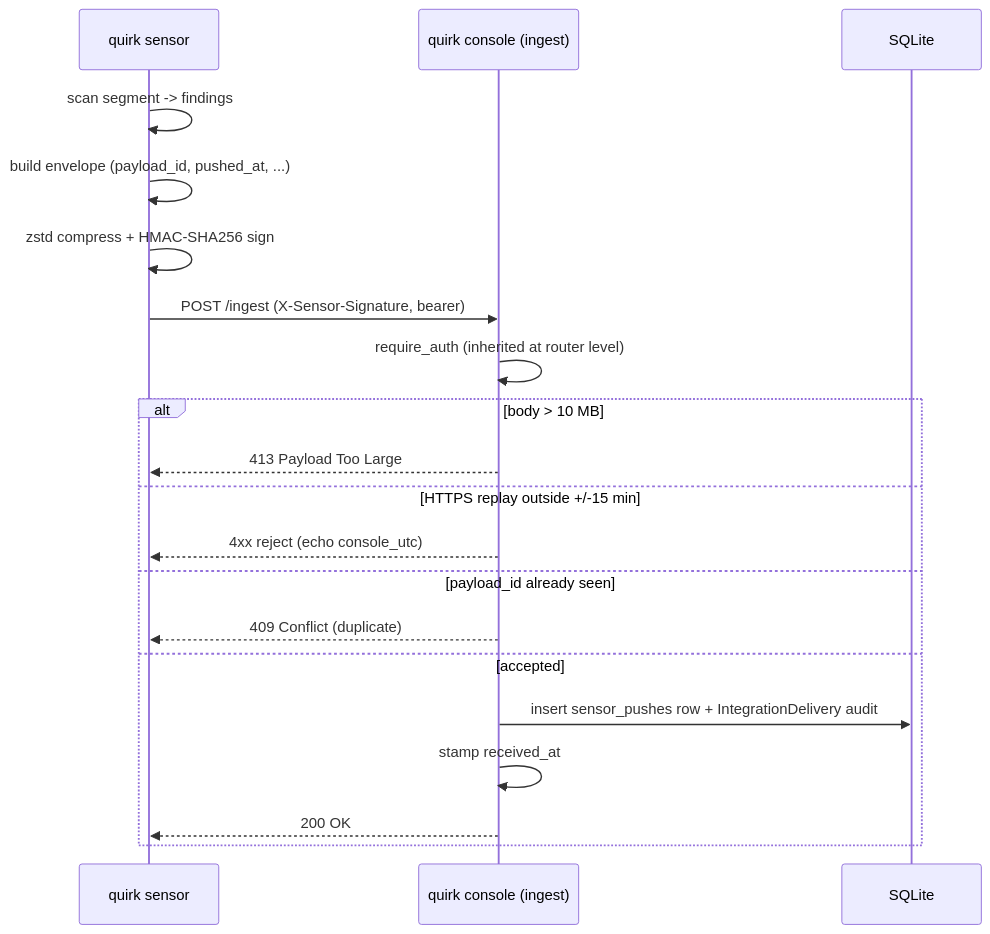
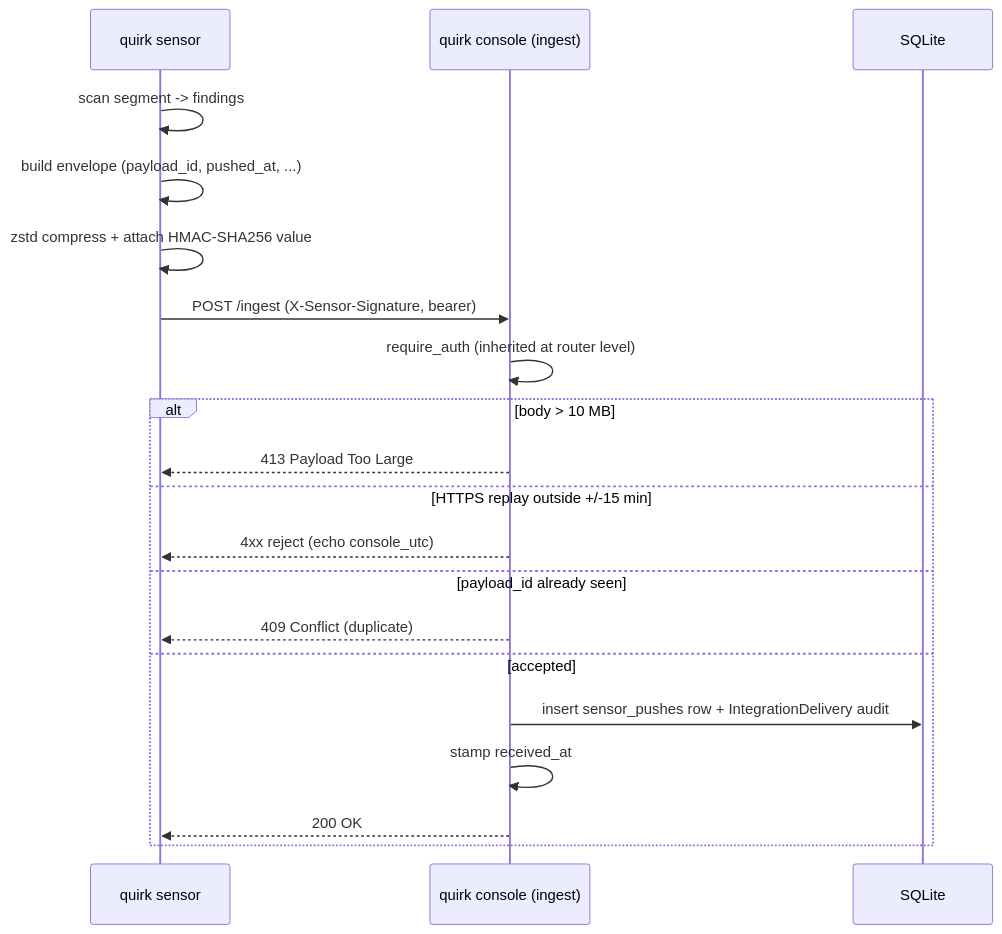
One commit to 0xD1g5/QU.I.R.K changed the second of 2 diagrams in docs/architecture-distributed.md. Above: the diagram before and after it, drawn with Mermaid. The commit also changed other lines of this file and 8 other files, not shown here.

````diff
--- a/docs/architecture-distributed.md
+++ b/docs/architecture-distributed.md
@@ -160,23 +161,23 @@
 ```mermaid
 sequenceDiagram
     participant Sensor as quirk sensor
     participant Console as quirk console (ingest)
     participant DB as SQLite
 
     Sensor->>Sensor: scan segment -> findings
     Sensor->>Sensor: build envelope (payload_id, pushed_at, ...)
-    Sensor->>Sensor: zstd compress + HMAC-SHA256 sign
+    Sensor->>Sensor: zstd compress + attach HMAC-SHA256 value
     Sensor->>Console: POST /ingest (X-Sensor-Signature, bearer)
     Console->>Console: require_auth (inherited at router level)
     alt body > 10 MB
         Console-->>Sensor: 413 Payload Too Large
     else HTTPS replay outside +/-15 min
         Console-->>Sensor: 4xx reject (echo console_utc)
     else payload_id already seen
         Console-->>Sensor: 409 Conflict (duplicate)
     else accepted
         Console->>DB: insert sensor_pushes row + IntegrationDelivery audit
         Console->>Console: stamp received_at
         Console-->>Sensor: 200 OK
     end
 ```
````
